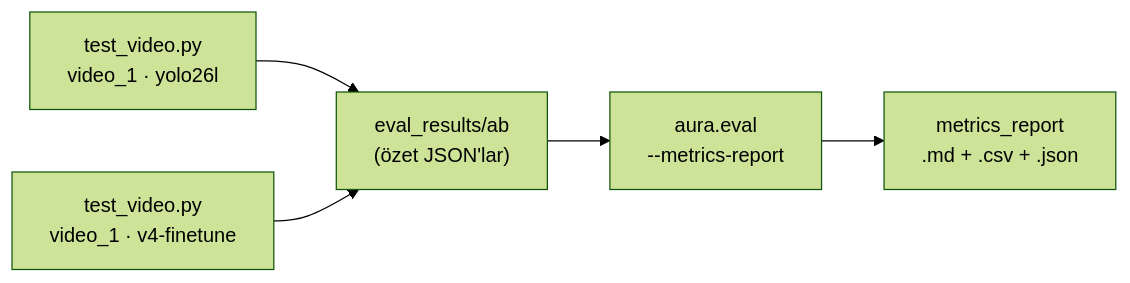
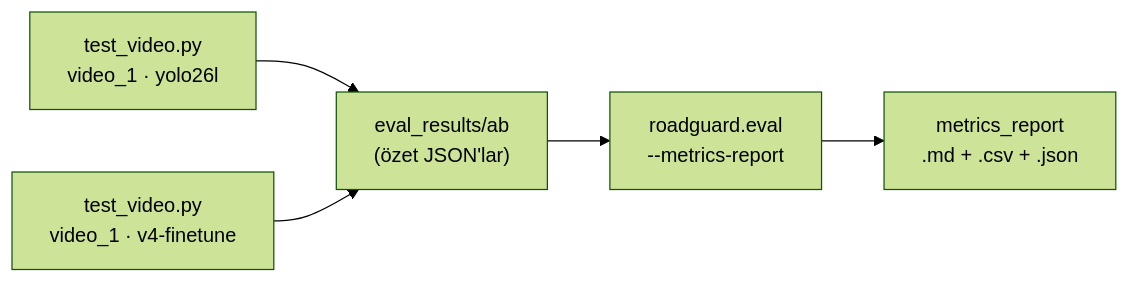
Before and after one commit to cleoanka/teknofest-prototip.v2: the first of 2 diagrams in docs/degerlendirme.md, drawn with Mermaid (forest theme). The commit also changed other lines of this file and 233 other files, not shown here.

First line of the commit message:
rebrand: tam iç rename — aura → roadguard (paket + env + sınıf + alan adları)

````diff
--- a/docs/degerlendirme.md
+++ b/docs/degerlendirme.md
@@ -36,7 +36,7 @@
 ```mermaid
 flowchart LR
     V1["test_video.py<br/>video_1 · yolo26l"] --> S["eval_results/ab<br/>(özet JSON'lar)"]
     V2["test_video.py<br/>video_1 · v4-finetune"] --> S
-    S --> R["aura.eval<br/>--metrics-report"]
+    S --> R["roadguard.eval<br/>--metrics-report"]
     R --> O["metrics_report<br/>.md + .csv + .json"]
 ```
````
